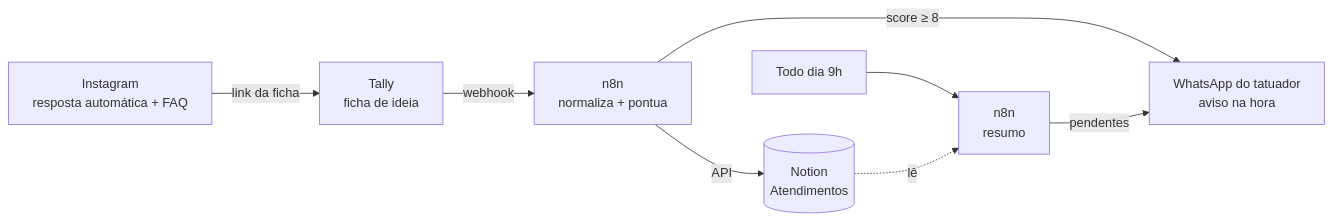
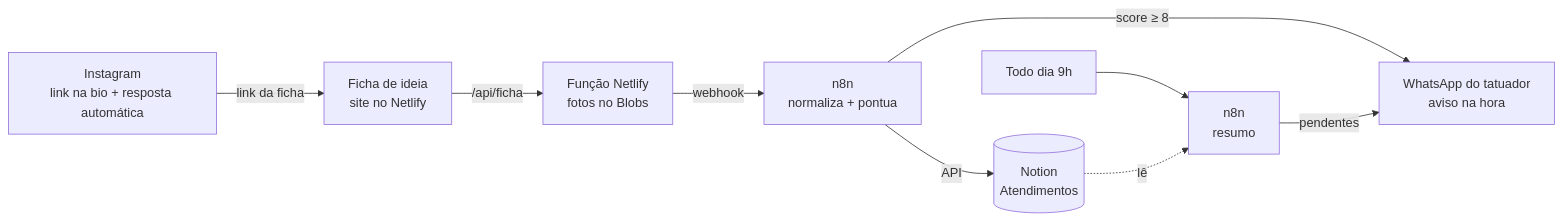
The diagram in README.md (nikolasrobert/pre-atendimento-tatuador), drawn with Mermaid before and after one commit. The commit also changed other lines of this file and 3 other files, not shown here.

````diff
--- a/README.md
+++ b/README.md
@@ -9,9 +9,10 @@
 ```mermaid
 flowchart LR
-  IG[Instagram<br/>resposta automática + FAQ] -->|link da ficha| T[Tally<br/>ficha de ideia]
-  T -->|webhook| N8N[n8n<br/>normaliza + pontua]
+  IG[Instagram<br/>link na bio + resposta automática] -->|link da ficha| T[Ficha de ideia<br/>site no Netlify]
+  T -->|/api/ficha| F[Função Netlify<br/>fotos no Blobs]
+  F -->|webhook| N8N[n8n<br/>normaliza + pontua]
   N8N -->|API| NO[(Notion<br/>Atendimentos)]
   N8N -->|score ≥ 8| WA[WhatsApp do tatuador<br/>aviso na hora]
   CRON[Todo dia 9h] --> N8N2[n8n<br/>resumo] -->|pendentes| WA
   NO -.->|lê| N8N2
 ```
````
